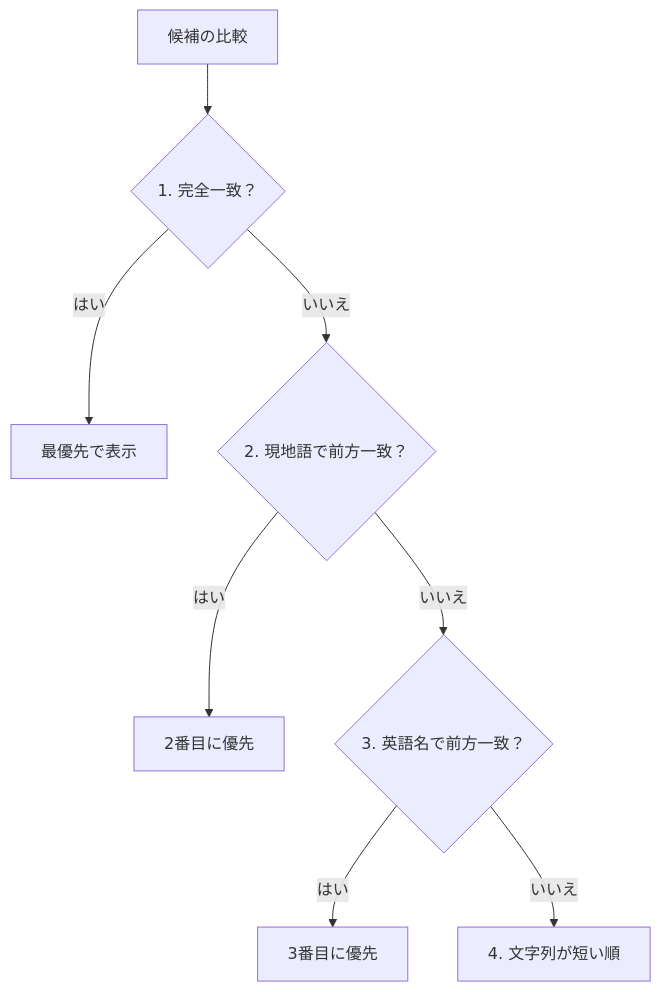
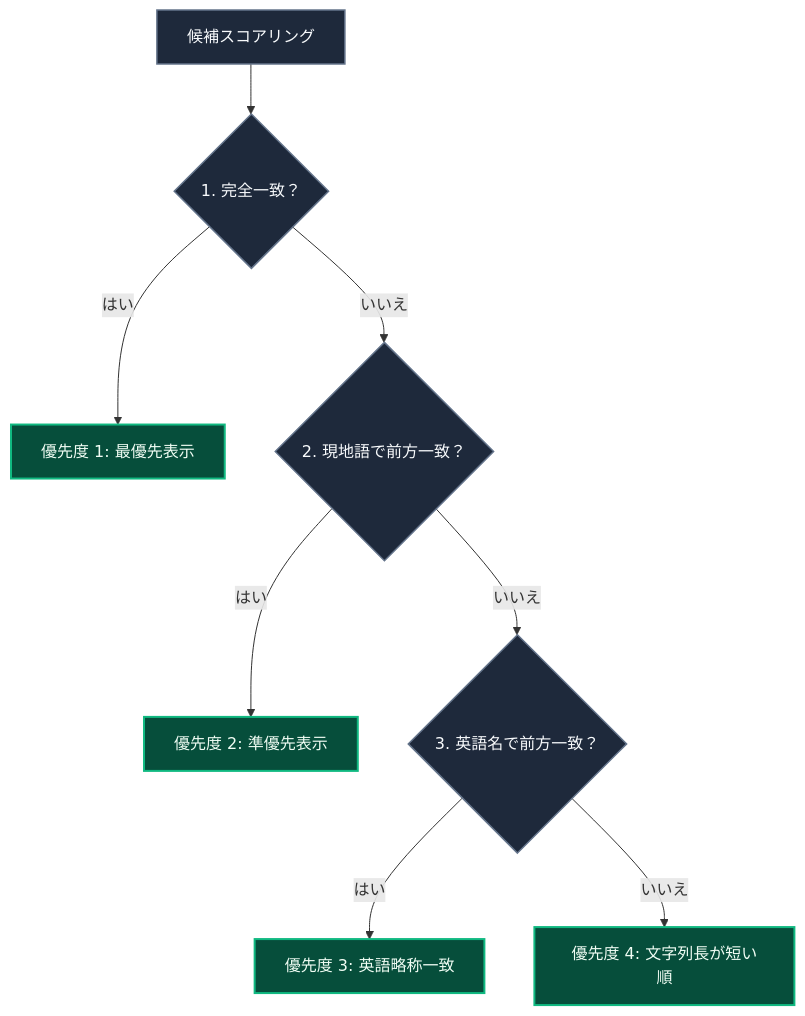
Before and after one commit to ScriptureHabit/scripture-habit: the second of 2 diagrams in docs/ja/incremental-book-suggestions.md, drawn with Mermaid. The commit also changed other lines of this file and 57 other files, not shown here.

Commit message:
docs: refine documentation prose and add structured diagram breakdowns across JA and EN

````diff
--- a/docs/ja/incremental-book-suggestions.md
+++ b/docs/ja/incremental-book-suggestions.md
@@ -37,10 +39,13 @@
 ```mermaid
-graph TD
-    Start["候補の比較"] --> T1{"1. 完全一致？"}
-    T1 -- "はい" --> R1["最優先で表示"]
-    T1 -- "いいえ" --> T2{"2. 現地語で前方一致？"}
-    T2 -- "はい" --> R2["2番目に優先"]
-    T2 -- "いいえ" --> T3{"3. 英語名で前方一致？"}
-    T3 -- "はい" --> R3["3番目に優先"]
-    T3 -- "いいえ" --> T4["4. 文字列が短い順"]
+flowchart TD
+    classDef step fill:#1e293b,stroke:#64748b,stroke-width:1.5px,color:#f8fafc;
+    classDef rank fill:#064e3b,stroke:#10b981,stroke-width:2px,color:#f0fdf4;
+
+    Start["候補スコアリング"]:::step --> T1{"1. 完全一致？"}:::step
+    T1 -- "はい" --> R1["優先度 1: 最優先表示"]:::rank
+    T1 -- "いいえ" --> T2{"2. 現地語で前方一致？"}:::step
+    T2 -- "はい" --> R2["優先度 2: 準優先表示"]:::rank
+    T2 -- "いいえ" --> T3{"3. 英語名で前方一致？"}:::step
+    T3 -- "はい" --> R3["優先度 3: 英語略称一致"]:::rank
+    T3 -- "いいえ" --> T4["優先度 4: 文字列長が短い順"]:::rank
 ```
````
